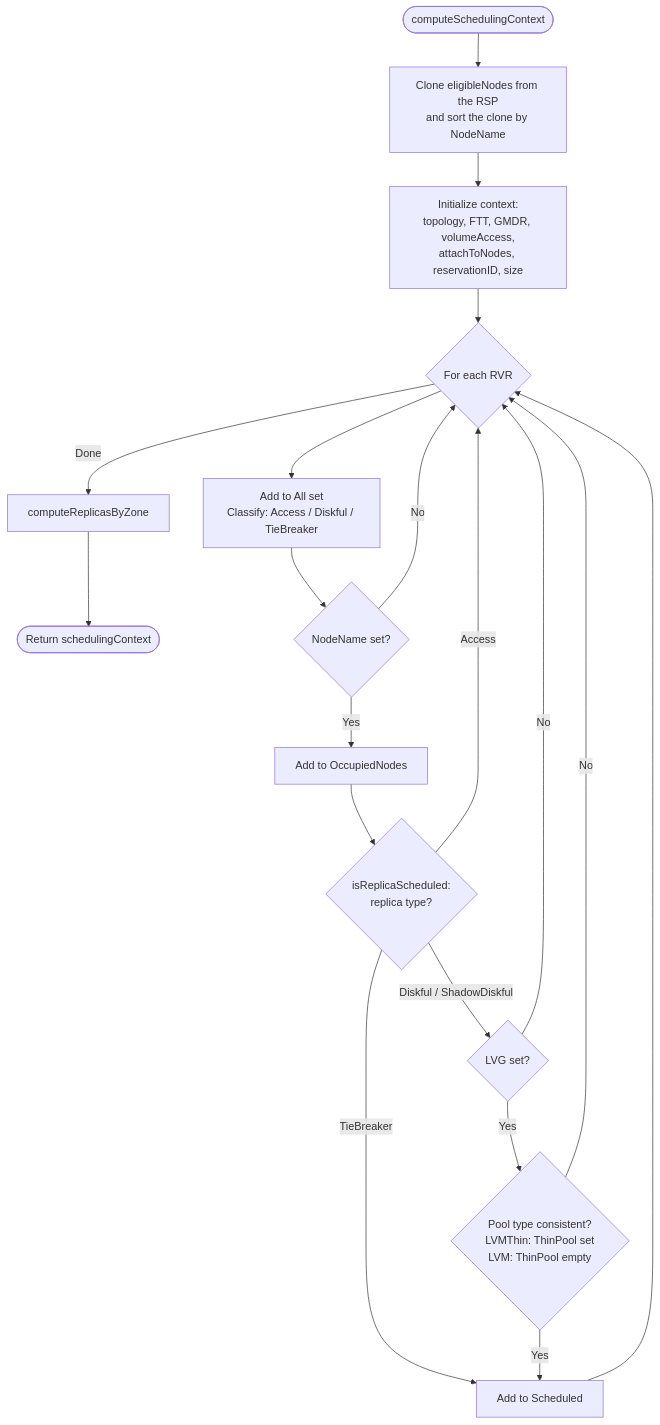
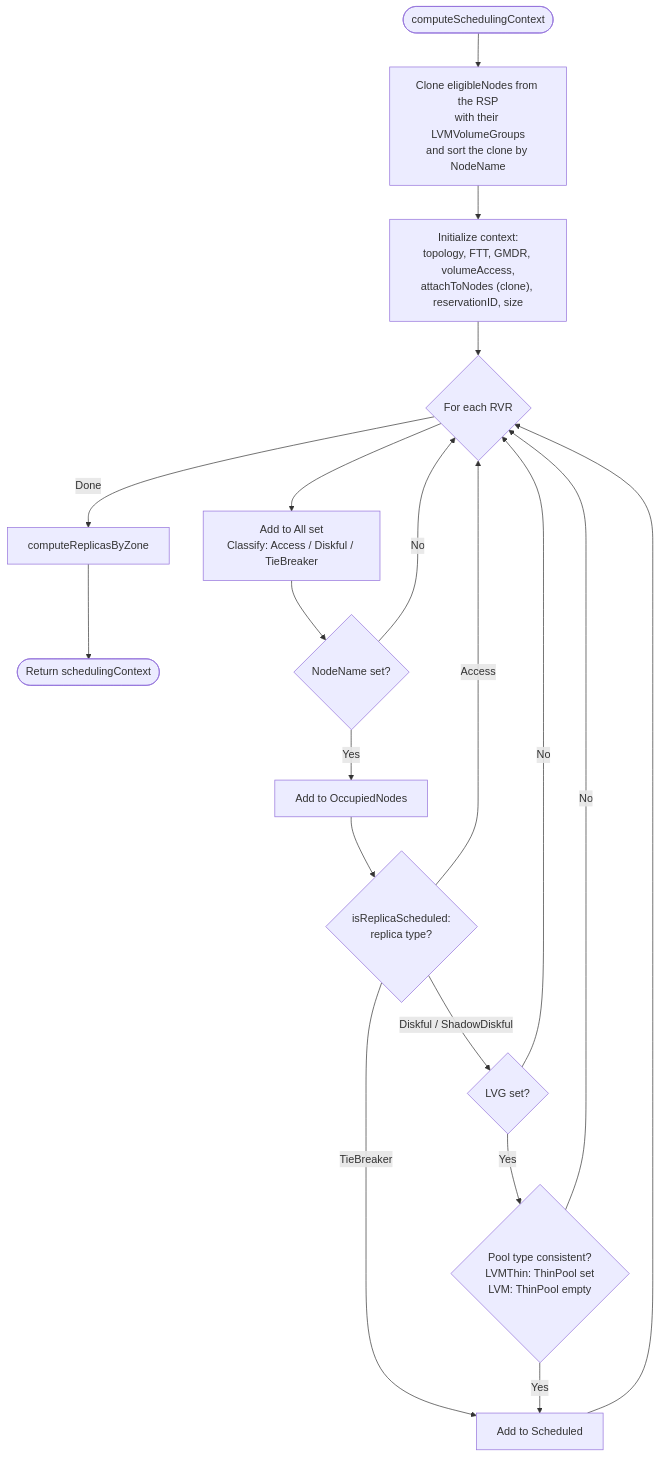
One commit to deckhouse/sds-replicated-volume changed the third of 5 diagrams in images/controller/internal/controllers/rvr_scheduling_controller/README.md. Above: the diagram before and after it, drawn with Mermaid. The commit also changed other lines of this file and 2 other files, not shown here.

Commit message:
[controller] Make computeSchedulingContext own all its slices
The scheduling context cloned only the outer EligibleNodes slice, so each
node's LVMVolumeGroups kept sharing its backing array with the cached RSP, and
AttachToNodes was stored without a copy at all. The candidate pipeline hands
out pointers straight into those arrays (CandidateEntry.LVG,
CandidateEntry.ThinPool) while CandidateFilterFn is contracted to mutate the
candidate it inspects — a write through such a pointer would have reached the
read-only inputs.

Clone each node's LVMVolumeGroups and AttachToNodes (manual copy, no DeepCopy:
compute helpers must not call it), so the context owns every slice it exposes.
Contents and ordering are unchanged. Godoc and README now state the ownership
invariant explicitly, and the unit tests cover it: mutating the returned nested
LVG lists and AttachToNodes leaves the RSP and the caller's slice untouched.

````diff
--- a/images/controller/internal/controllers/rvr_scheduling_controller/README.md
+++ b/images/controller/internal/controllers/rvr_scheduling_controller/README.md
@@ -349,23 +349,23 @@
 ```mermaid
 flowchart TD
-    Start([computeSchedulingContext]) --> SortNodes["Clone eligibleNodes from the RSP<br/>and sort the clone by NodeName"]
-    SortNodes --> InitCtx["Initialize context:<br/>topology, FTT, GMDR, volumeAccess,<br/>attachToNodes, reservationID, size"]
+    Start([computeSchedulingContext]) --> SortNodes["Clone eligibleNodes from the RSP<br/>with their LVMVolumeGroups<br/>and sort the clone by NodeName"]
+    SortNodes --> InitCtx["Initialize context:<br/>topology, FTT, GMDR, volumeAccess,<br/>attachToNodes (clone), reservationID, size"]
 
     InitCtx --> LoopRVR{For each RVR}
     LoopRVR -->|Done| ComputeZones[computeReplicasByZone]
     ComputeZones --> Return([Return schedulingContext])
 
     LoopRVR --> Classify["Add to All set<br/>Classify: Access / Diskful / TieBreaker"]
     Classify --> CheckNode{NodeName set?}
     CheckNode -->|No| LoopRVR
     CheckNode -->|Yes| MarkOccupied[Add to OccupiedNodes]
     MarkOccupied --> CheckType{"isReplicaScheduled:<br/>replica type?"}
     CheckType -->|TieBreaker| MarkScheduled[Add to Scheduled]
     CheckType -->|Access| LoopRVR
     CheckType -->|Diskful / ShadowDiskful| CheckLVG{LVG set?}
     CheckLVG -->|No| LoopRVR
     CheckLVG -->|Yes| CheckPoolType{"Pool type consistent?<br/>LVMThin: ThinPool set<br/>LVM: ThinPool empty"}
     CheckPoolType -->|Yes| MarkScheduled
     CheckPoolType -->|No| LoopRVR
     MarkScheduled --> LoopRVR
 ```
````
